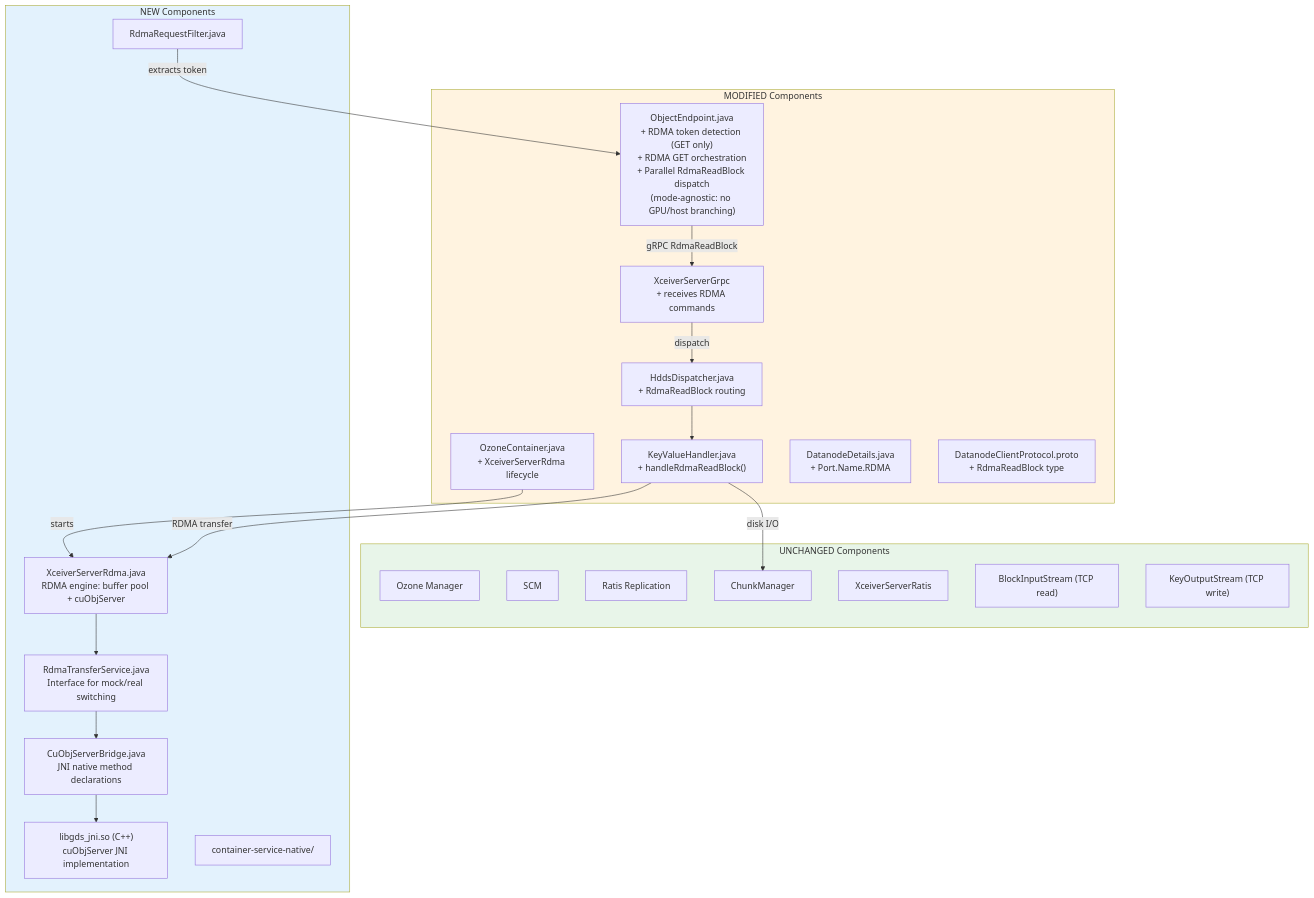
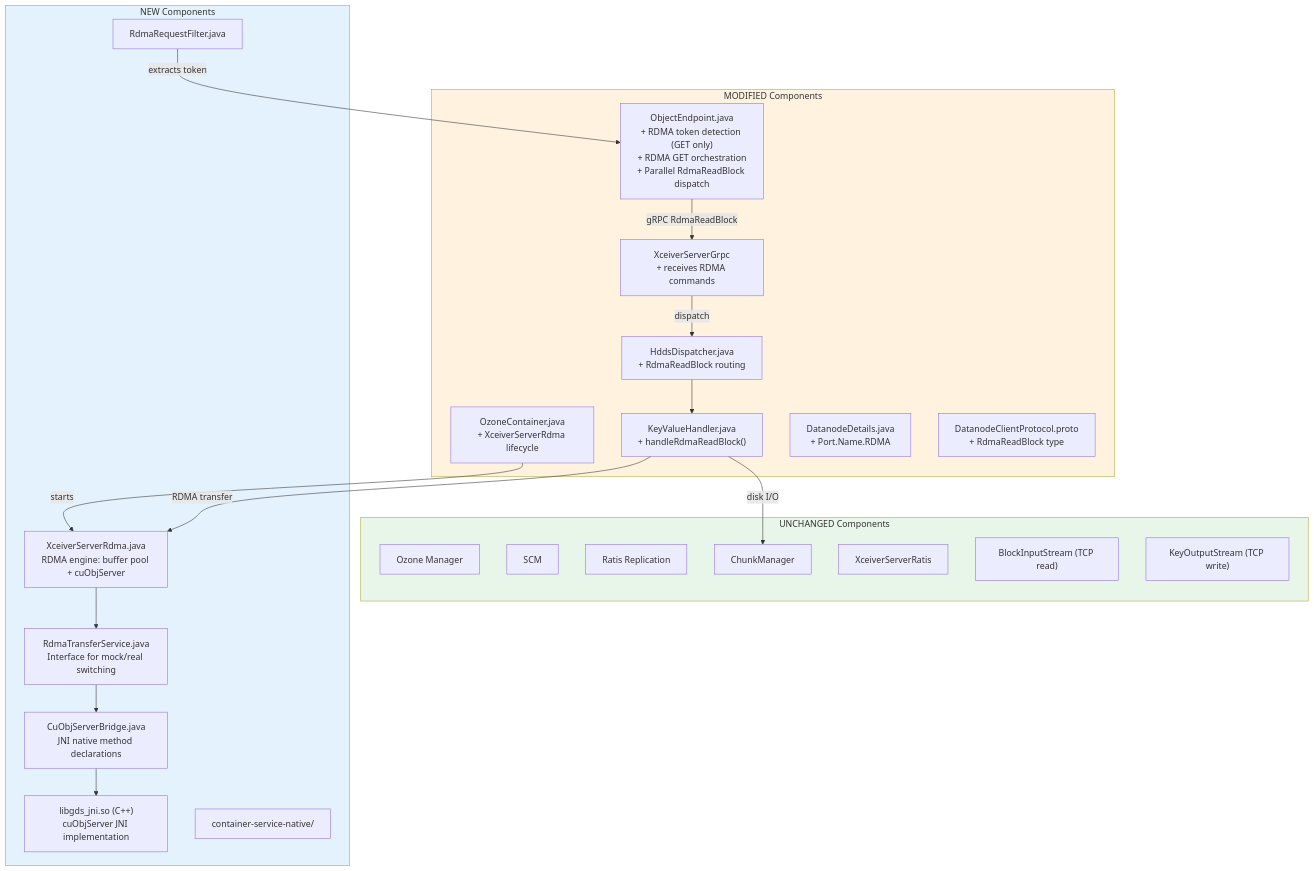
Before and after one commit to ptlrs/ozone: the fifth of 6 diagrams in docs/gds-dn-direct-rdma-implementation-spec.md, drawn with Mermaid. The commit also changed other lines of this file, not shown here.

Commit message:
GPUDIRECT. Update GPUDirect Storage spec to v8.0 with validation status, known limitations, fixes for prior inaccuracies, enhanced cloud testing environments, and updated architectural flows

````diff
--- a/docs/gds-dn-direct-rdma-implementation-spec.md
+++ b/docs/gds-dn-direct-rdma-implementation-spec.md
@@ -557,43 +454,43 @@
 ```mermaid
 flowchart TB
   subgraph Unchanged["UNCHANGED Components"]
     style Unchanged fill:#e8f5e9
     OM["Ozone Manager"]
     SCM["SCM"]
     Ratis["Ratis Replication"]
     CM["ChunkManager"]
     RatisXceiver["XceiverServerRatis"]
     BlockInputStream["BlockInputStream (TCP read)"]
     KeyOutputStream["KeyOutputStream (TCP write)"]
   end
 
   subgraph Modified["MODIFIED Components"]
     style Modified fill:#fff3e0
-    ObjectEndpoint["ObjectEndpoint.java<br/>+ RDMA token detection (GET only)<br/>+ RDMA GET orchestration<br/>+ Parallel RdmaReadBlock dispatch<br/>(mode-agnostic: no GPU/host branching)"]
+    ObjectEndpoint["ObjectEndpoint.java<br/>+ RDMA token detection (GET only)<br/>+ RDMA GET orchestration<br/>+ Parallel RdmaReadBlock dispatch"]
     OzoneContainer["OzoneContainer.java<br/>+ XceiverServerRdma lifecycle"]
     HddsDispatcher["HddsDispatcher.java<br/>+ RdmaReadBlock routing"]
     KVHandler["KeyValueHandler.java<br/>+ handleRdmaReadBlock()"]
     GrpcXceiver["XceiverServerGrpc<br/>+ receives RDMA commands"]
     DatanodeDetails["DatanodeDetails.java<br/>+ Port.Name.RDMA"]
     Proto["DatanodeClientProtocol.proto<br/>+ RdmaReadBlock type"]
   end
 
   subgraph New["NEW Components"]
     style New fill:#e3f2fd
     XceiverRdma["XceiverServerRdma.java<br/>RDMA engine: buffer pool + cuObjServer"]
     RdmaService["RdmaTransferService.java<br/>Interface for mock/real switching"]
     JNIBridge["CuObjServerBridge.java<br/>JNI native method declarations"]
     NativeLib["libgds_jni.so (C++)<br/>cuObjServer JNI implementation"]
     RdmaFilter["RdmaRequestFilter.java"]
     NativeModule["container-service-native/"]
   end
 
   ObjectEndpoint -->|" gRPC RdmaReadBlock "| GrpcXceiver
   GrpcXceiver -->|" dispatch "| HddsDispatcher
   HddsDispatcher --> KVHandler
   KVHandler -->|" disk I/O "| CM
   KVHandler -->|" RDMA transfer "| XceiverRdma
   XceiverRdma --> RdmaService --> JNIBridge --> NativeLib
   OzoneContainer -->|" starts "| XceiverRdma
   RdmaFilter -->|" extracts token "| ObjectEndpoint
 ```
````
